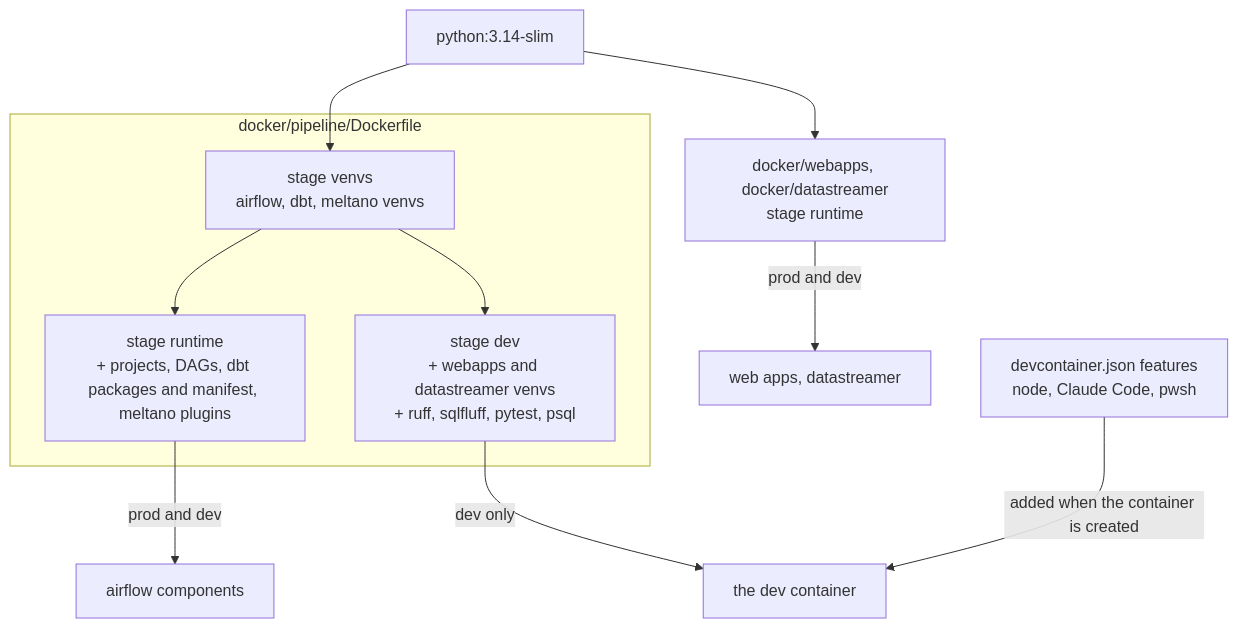
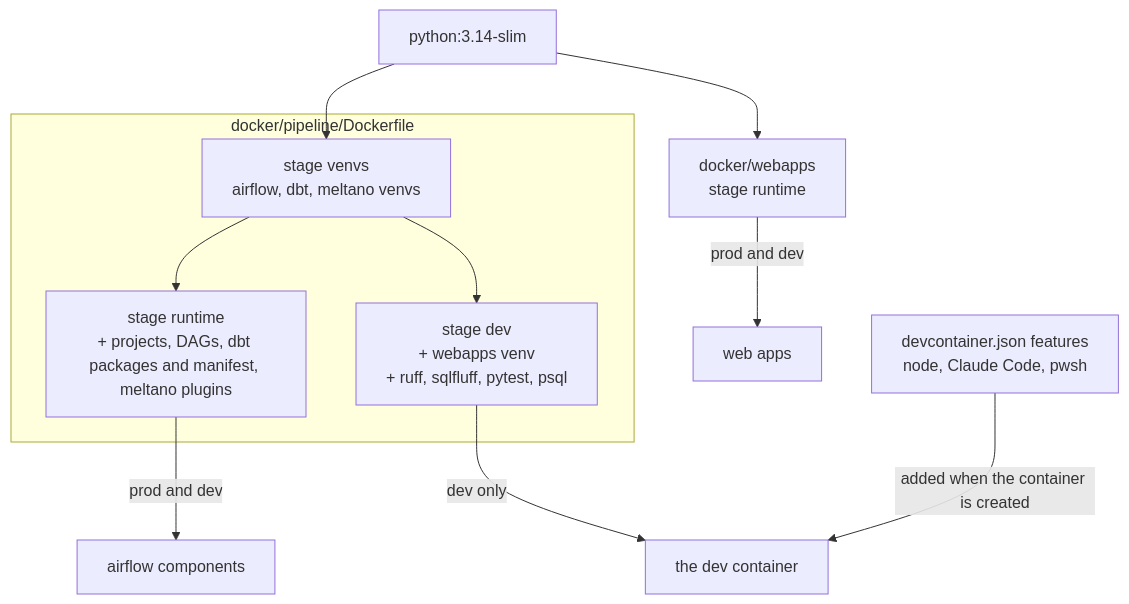
One commit to le1douglas/DataWarehouse changed the second of 2 diagrams in docs/DEV_CONTAINER.md. Above: the diagram before and after it, drawn with Mermaid. The commit also changed other lines of this file and 174 other files, not shown here.

````diff
--- a/docs/DEV_CONTAINER.md
+++ b/docs/DEV_CONTAINER.md
@@ -201,20 +200,20 @@
 ```mermaid
 flowchart TB
     base[python:3.14-slim]
     subgraph pipeline_df["docker/pipeline/Dockerfile"]
         venvs[stage venvs<br/>airflow, dbt, meltano venvs]
         runtime[stage runtime<br/>+ projects, DAGs, dbt packages and manifest, meltano plugins]
-        dev[stage dev<br/>+ webapps and datastreamer venvs<br/>+ ruff, sqlfluff, pytest, psql]
+        dev[stage dev<br/>+ webapps venv<br/>+ ruff, sqlfluff, pytest, psql]
     end
-    apps_df[docker/webapps, docker/datastreamer<br/>stage runtime]
+    apps_df[docker/webapps<br/>stage runtime]
     features[devcontainer.json features<br/>node, Claude Code, pwsh]
 
     base --> venvs
     venvs --> runtime
     venvs --> dev
     base --> apps_df
     runtime -->|prod and dev| svc_airflow[airflow components]
-    apps_df -->|prod and dev| svc_apps[web apps, datastreamer]
+    apps_df -->|prod and dev| svc_apps[web apps]
     dev -->|dev only| devc[the dev container]
     features -->|added when the container is created| devc
 ```
````
